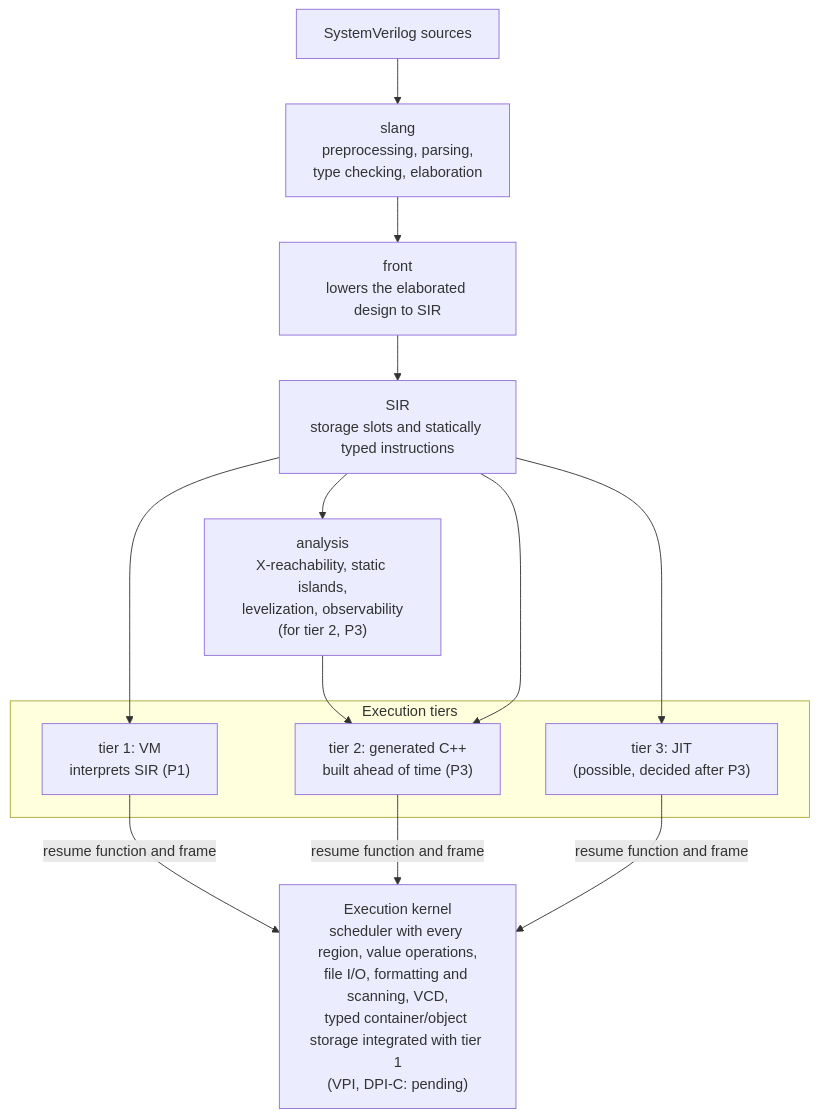
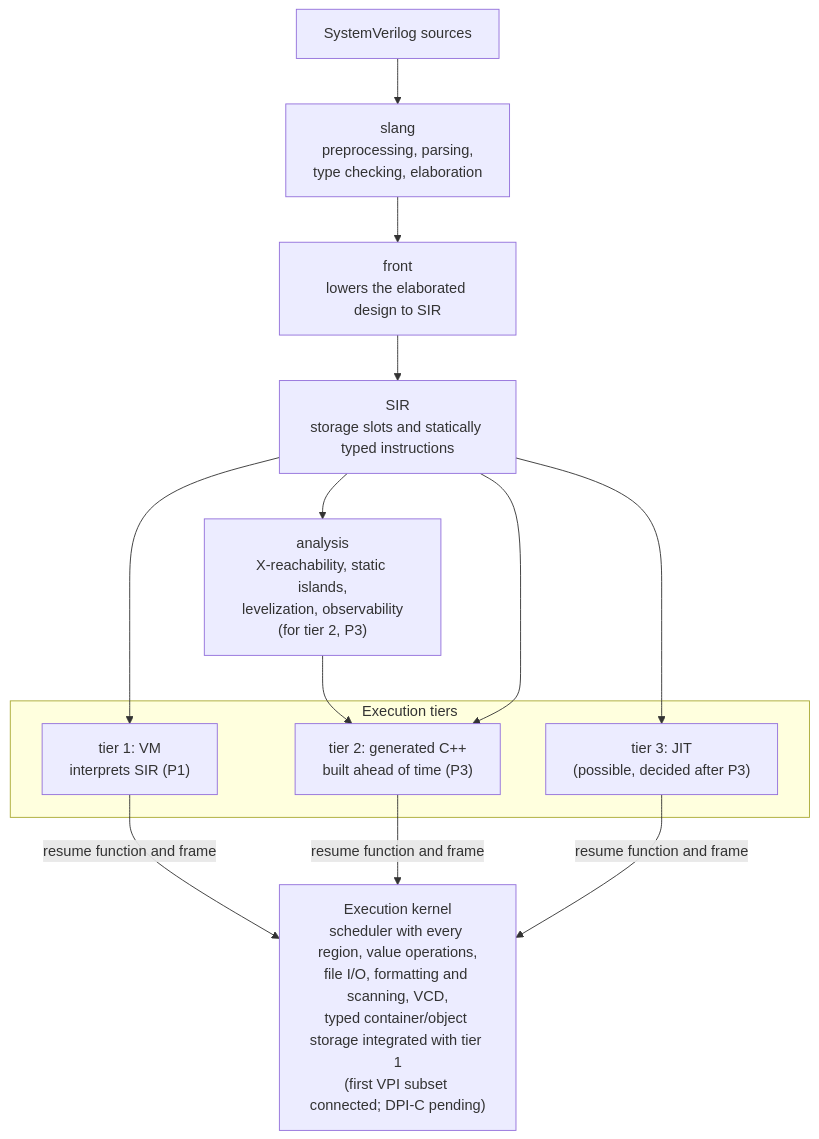
The first of 2 diagrams in docs/ARCHITECTURE.md (kurochan001/kirimasim), drawn with Mermaid before and after one commit. The commit also changed other lines of this file and 25 other files, not shown here.

Commit message:
Document the first VPI runtime subset and validation

````diff
--- a/docs/ARCHITECTURE.md
+++ b/docs/ARCHITECTURE.md
@@ -18,22 +18,22 @@
 ```mermaid
 flowchart TD
     src["SystemVerilog sources"]
     slang["slang<br/>preprocessing, parsing,<br/>type checking, elaboration"]
     front["front<br/>lowers the elaborated design to SIR"]
     sir["SIR<br/>storage slots and statically typed instructions"]
     analysis["analysis<br/>X-reachability, static islands,<br/>levelization, observability<br/>(for tier 2, P3)"]
     subgraph tiers["Execution tiers"]
         t1["tier 1: VM<br/>interprets SIR (P1)"]
         t2["tier 2: generated C++<br/>built ahead of time (P3)"]
         t3["tier 3: JIT<br/>(possible, decided after P3)"]
     end
-    kernel["Execution kernel<br/>scheduler with every region, value operations,<br/>file I/O, formatting and scanning, VCD,<br/>typed container/object storage integrated with tier 1<br/>(VPI, DPI-C: pending)"]
+    kernel["Execution kernel<br/>scheduler with every region, value operations,<br/>file I/O, formatting and scanning, VCD,<br/>typed container/object storage integrated with tier 1<br/>(first VPI subset connected; DPI-C pending)"]
     src --> slang --> front --> sir
     sir --> t1
     sir --> analysis --> t2
     sir --> t2
     sir --> t3
     t1 -->|"resume function and frame"| kernel
     t2 -->|"resume function and frame"| kernel
     t3 -->|"resume function and frame"| kernel
 ```
````
